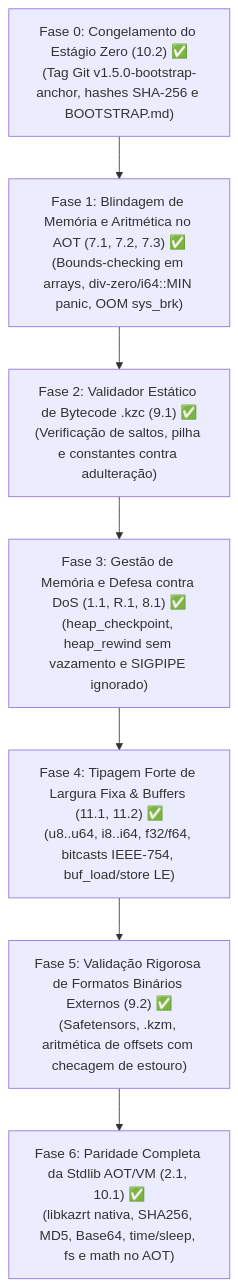
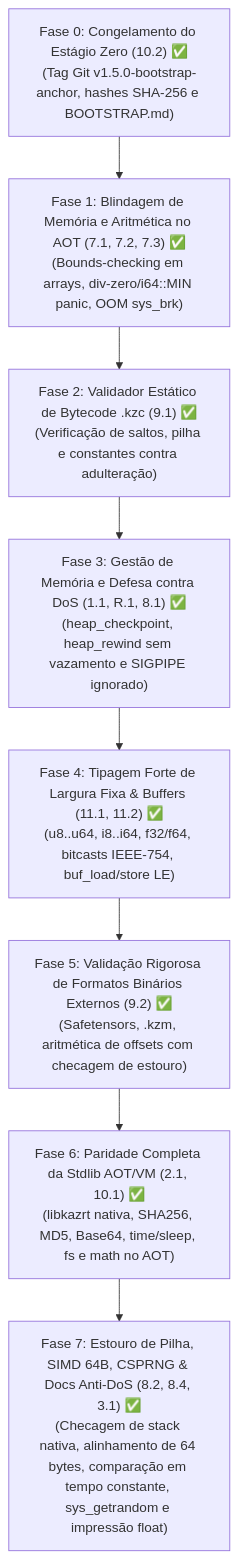
The diagram in docs/SECURITY_MASTER_PLAN.pt-BR.md (kazlang/kaz), drawn with Mermaid before and after one commit. The commit also changed other lines of this file and 3 other files, not shown here.

Commit message:
docs(security): sync Phase 7 architecture and security master plan (stack overflow, SIMD 64B, CSPRNG & Anti-DoS docs)

````diff
--- a/docs/SECURITY_MASTER_PLAN.pt-BR.md
+++ b/docs/SECURITY_MASTER_PLAN.pt-BR.md
@@ -11,9 +11,10 @@
 ```mermaid
 flowchart TD
     F0["Fase 0: Congelamento do Estágio Zero (10.2) ✅<br/>(Tag Git v1.5.0-bootstrap-anchor, hashes SHA-256 e BOOTSTRAP.md)"] --> F1["Fase 1: Blindagem de Memória e Aritmética no AOT (7.1, 7.2, 7.3) ✅<br/>(Bounds-checking em arrays, div-zero/i64::MIN panic, OOM sys_brk)"]
     F1 --> F2["Fase 2: Validador Estático de Bytecode .kzc (9.1) ✅<br/>(Verificação de saltos, pilha e constantes contra adulteração)"]
     F2 --> F3["Fase 3: Gestão de Memória e Defesa contra DoS (1.1, R.1, 8.1) ✅<br/>(heap_checkpoint, heap_rewind sem vazamento e SIGPIPE ignorado)"]
     F3 --> F4["Fase 4: Tipagem Forte de Largura Fixa & Buffers (11.1, 11.2) ✅<br/>(u8..u64, i8..i64, f32/f64, bitcasts IEEE-754, buf_load/store LE)"]
     F4 --> F5["Fase 5: Validação Rigorosa de Formatos Binários Externos (9.2) ✅<br/>(Safetensors, .kzm, aritmética de offsets com checagem de estouro)"]
     F5 --> F6["Fase 6: Paridade Completa da Stdlib AOT/VM (2.1, 10.1) ✅<br/>(libkazrt nativa, SHA256, MD5, Base64, time/sleep, fs e math no AOT)"]
+    F6 --> F7["Fase 7: Estouro de Pilha, SIMD 64B, CSPRNG & Docs Anti-DoS (8.2, 8.4, 3.1) ✅<br/>(Checagem de stack nativa, alinhamento de 64 bytes, comparação em tempo constante, sys_getrandom e impressão float)"]
 ```
````
